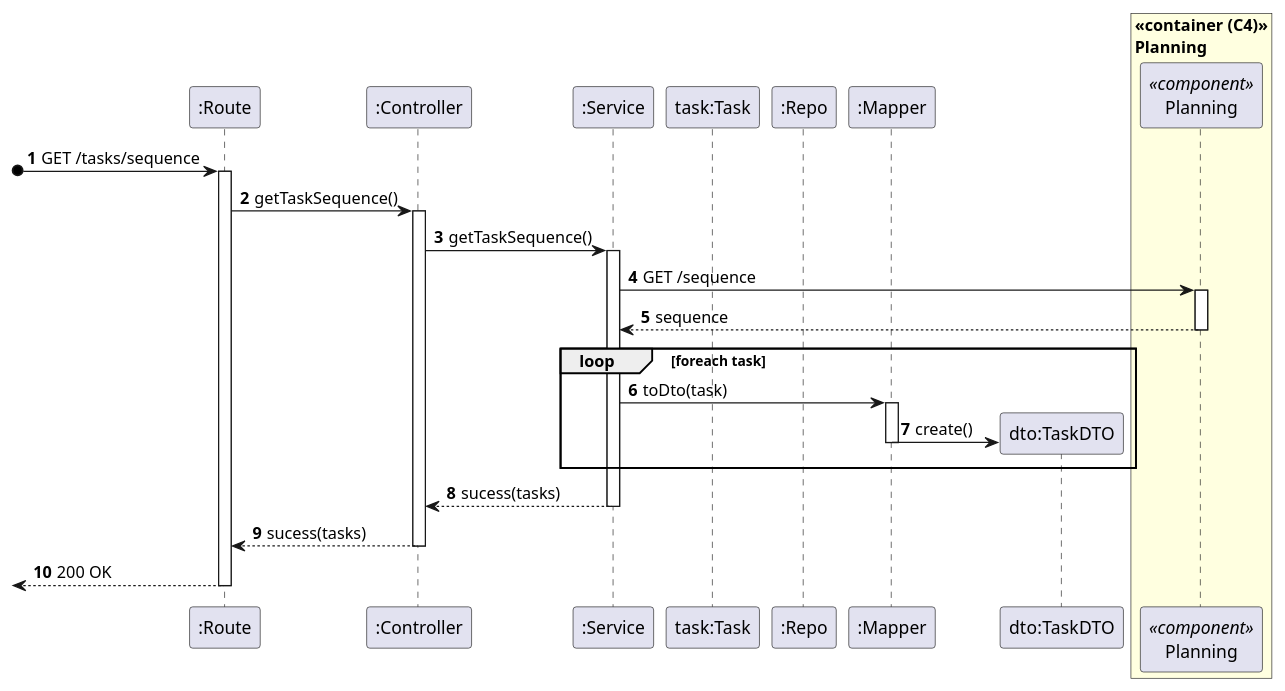
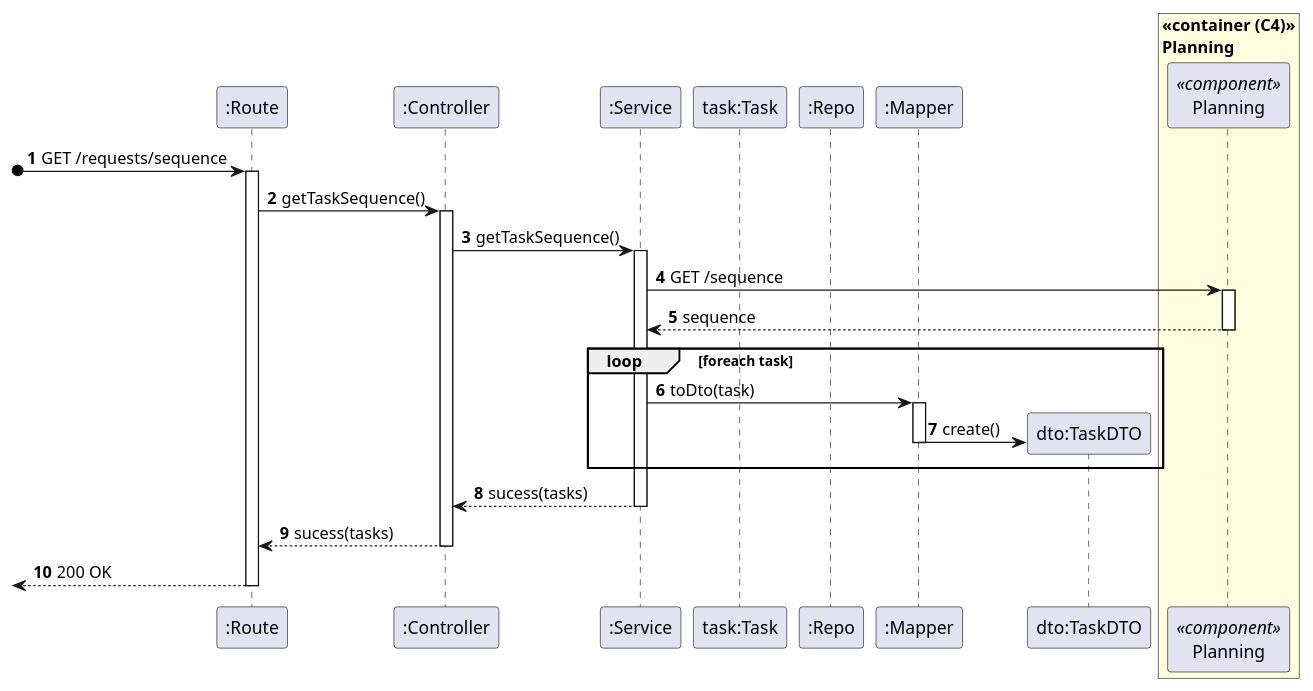
Before and after one commit to miseEnPlace-dev/lapr5: the diagram in _wiki/sprint-c/us-500/views/level-3/process-view.puml, drawn with PlantUML. The commit also changed 6 other files, not shown here.

```diff
--- a/_wiki/sprint-c/us-500/views/level-3/process-view.puml
+++ b/_wiki/sprint-c/us-500/views/level-3/process-view.puml
@@ -1,39 +1,39 @@
 @startuml process-view
 autonumber
 participant ROUTE as ":Route"
 participant CTRL as ":Controller"
 participant SRV as ":Service"
 participant BUILD as "task:Task"
 participant REPO as ":Repo"
 participant MAP as ":Mapper"
 participant DTO as "dto:TaskDTO"
 
 box "<<container (C4)>>\nPlanning" <<center>>#LightYellow
   participant P as "Planning" <<component>>
 end box
 
-?o-> ROUTE : GET /tasks/sequence
+?o-> ROUTE : GET /requests/sequence
 activate ROUTE
 
 ROUTE -> CTRL : getTaskSequence()
 activate CTRL
 CTRL -> SRV : getTaskSequence()
 activate SRV
 SRV ->P : GET /sequence
 activate P
 SRV <--P : sequence
 deactivate P
 loop foreach task
   SRV -> MAP : toDto(task)
   activate MAP
   MAP -> DTO** : create()
   deactivate MAP
 end
 SRV --> CTRL : sucess(tasks)
 deactivate SRV
 CTRL --> ROUTE : sucess(tasks)
 deactivate CTRL
 <-- ROUTE : 200 OK
 deactivate ROUTE
 
 @enduml
```
